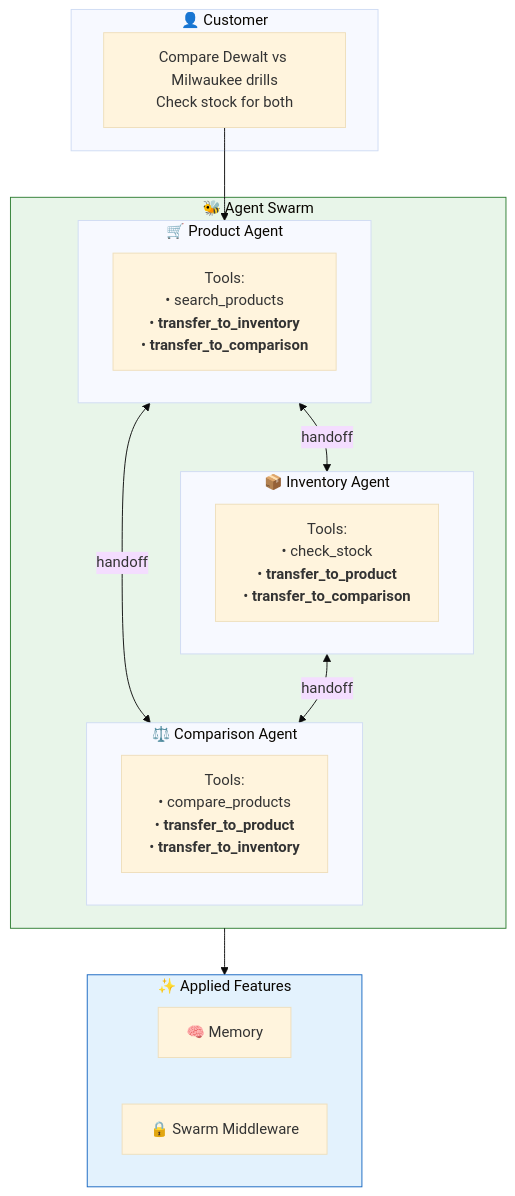
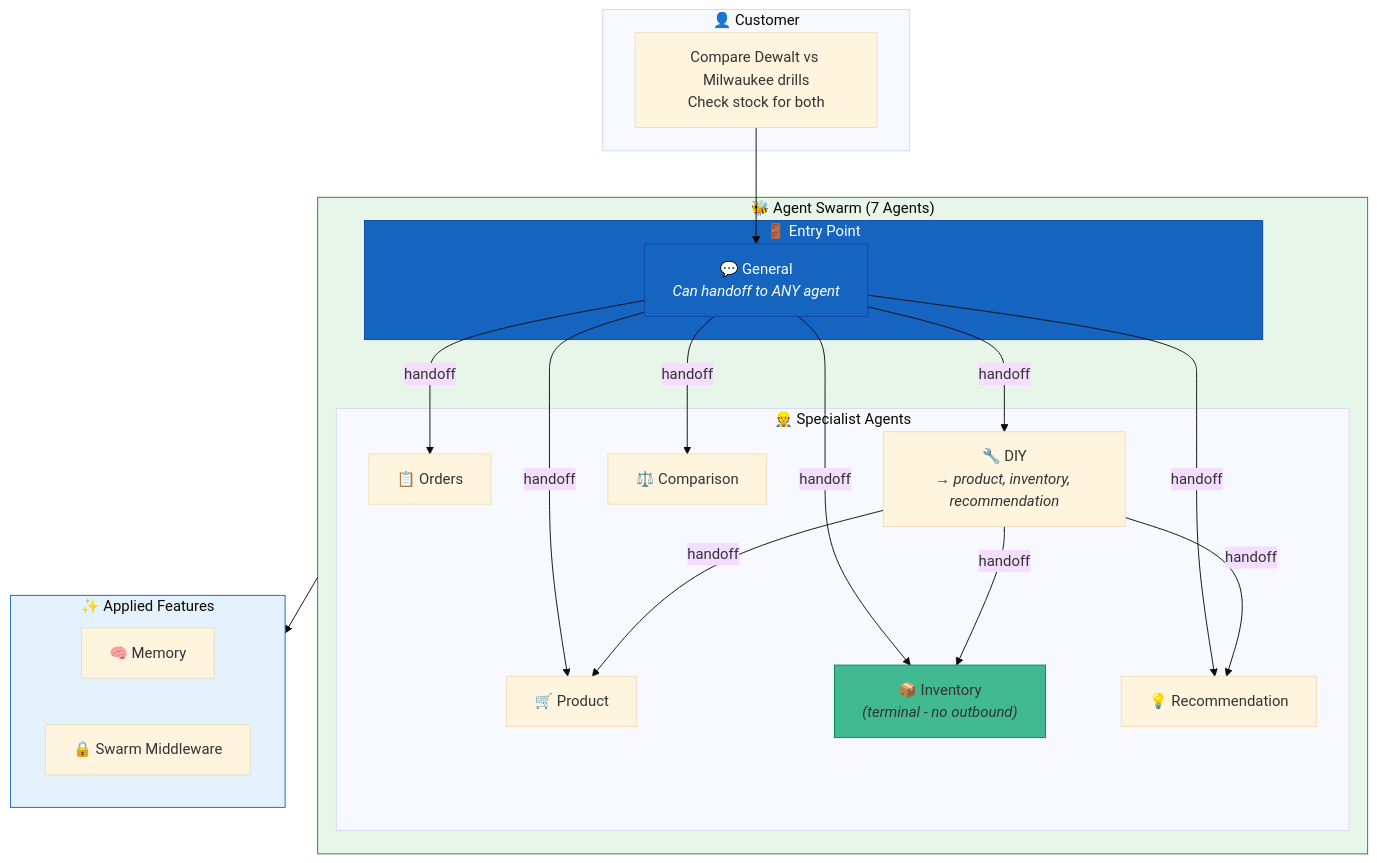
Before and after one commit to natefleming/retail-ai: the third of 7 diagrams in config/examples/15_complete_applications/README.md, drawn with Mermaid. The commit also changed other lines of this file, not shown here.

Commit message:
added additional agents to diagram

````diff
--- a/config/examples/15_complete_applications/README.md
+++ b/config/examples/15_complete_applications/README.md
@@ -112,35 +119,45 @@
 ```mermaid
 %%{init: {'theme': 'base'}}%%
 flowchart TB
     subgraph User["👤 Customer"]
         Query["Compare Dewalt vs Milwaukee drills<br/>Check stock for both"]
     end
 
-    subgraph Swarm["🐝 Agent Swarm"]
-        subgraph Product["🛒 Product Agent"]
-            PT["Tools:<br/>• search_products<br/>• <b>transfer_to_inventory</b><br/>• <b>transfer_to_comparison</b>"]
+    subgraph Swarm["🐝 Agent Swarm (7 Agents)"]
+        subgraph EntryPoint["🚪 Entry Point"]
+            General["💬 General<br/><i>Can handoff to ANY agent</i>"]
         end
         
-        subgraph Inventory["📦 Inventory Agent"]
-            IT["Tools:<br/>• check_stock<br/>• <b>transfer_to_product</b><br/>• <b>transfer_to_comparison</b>"]
-        end
-        
-        subgraph Comparison["⚖️ Comparison Agent"]
-            CT["Tools:<br/>• compare_products<br/>• <b>transfer_to_product</b><br/>• <b>transfer_to_inventory</b>"]
+        subgraph Workers["👷 Specialist Agents"]
+            Orders["📋 Orders"]
+            DIY["🔧 DIY<br/><i>→ product, inventory, recommendation</i>"]
+            Product["🛒 Product"]
+            Inventory["📦 Inventory<br/><i>(terminal - no outbound)</i>"]
+            Comparison["⚖️ Comparison"]
+            Recommendation["💡 Recommendation"]
         end
     end
 
     subgraph Features["✨ Applied Features"]
         Memory["🧠 Memory"]
         Middleware["🔒 Swarm Middleware"]
     end
 
-    Query --> Product
-    Product <-->|"handoff"| Inventory
-    Product <-->|"handoff"| Comparison
-    Inventory <-->|"handoff"| Comparison
+    Query --> General
+    General -->|"handoff"| Orders
+    General -->|"handoff"| DIY
+    General -->|"handoff"| Product
+    General -->|"handoff"| Inventory
+    General -->|"handoff"| Comparison
+    General -->|"handoff"| Recommendation
+    DIY -->|"handoff"| Product
+    DIY -->|"handoff"| Inventory
+    DIY -->|"handoff"| Recommendation
     Swarm --> Features
 
+    style EntryPoint fill:#1565c0,stroke:#0d47a1,color:#fff
+    style General fill:#1565c0,stroke:#0d47a1,color:#fff
+    style Inventory fill:#42BA91,stroke:#00875C
     style Swarm fill:#e8f5e9,stroke:#2e7d32
     style Features fill:#e3f2fd,stroke:#1565c0
 ```
````
